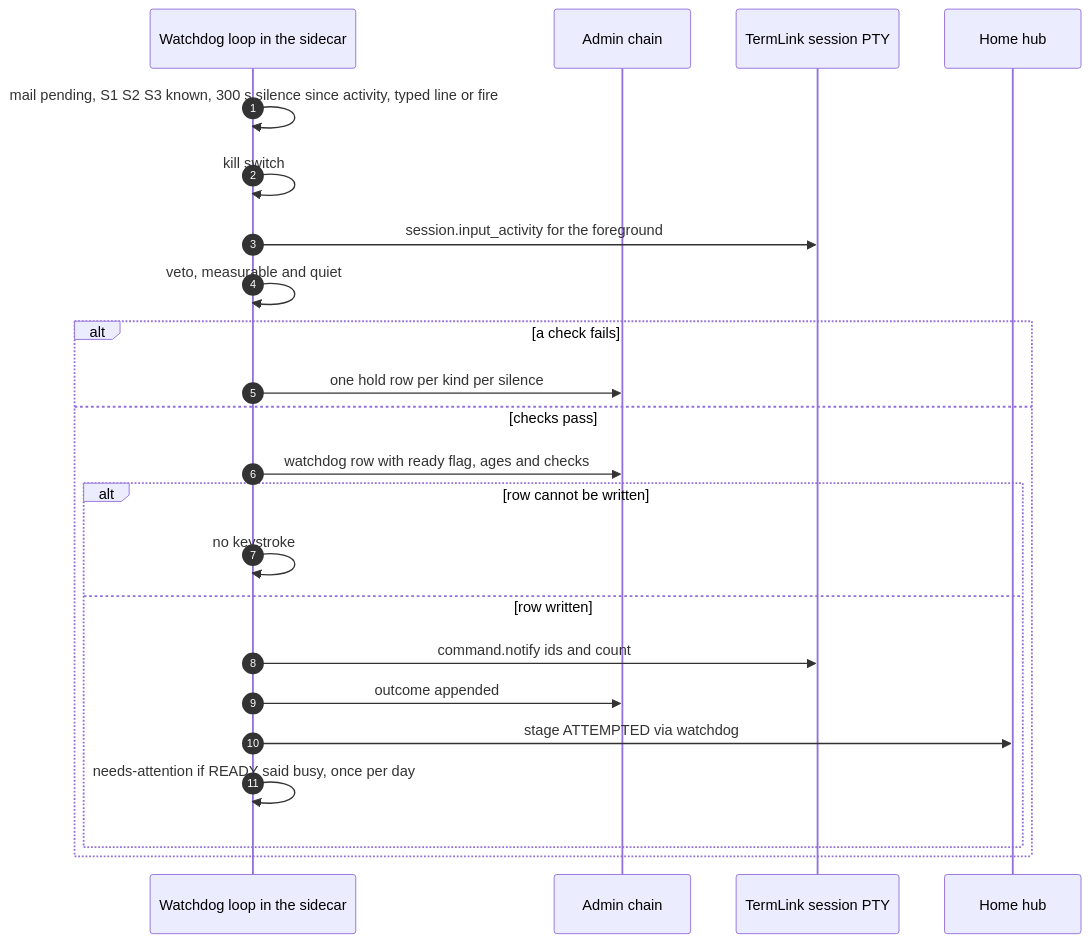
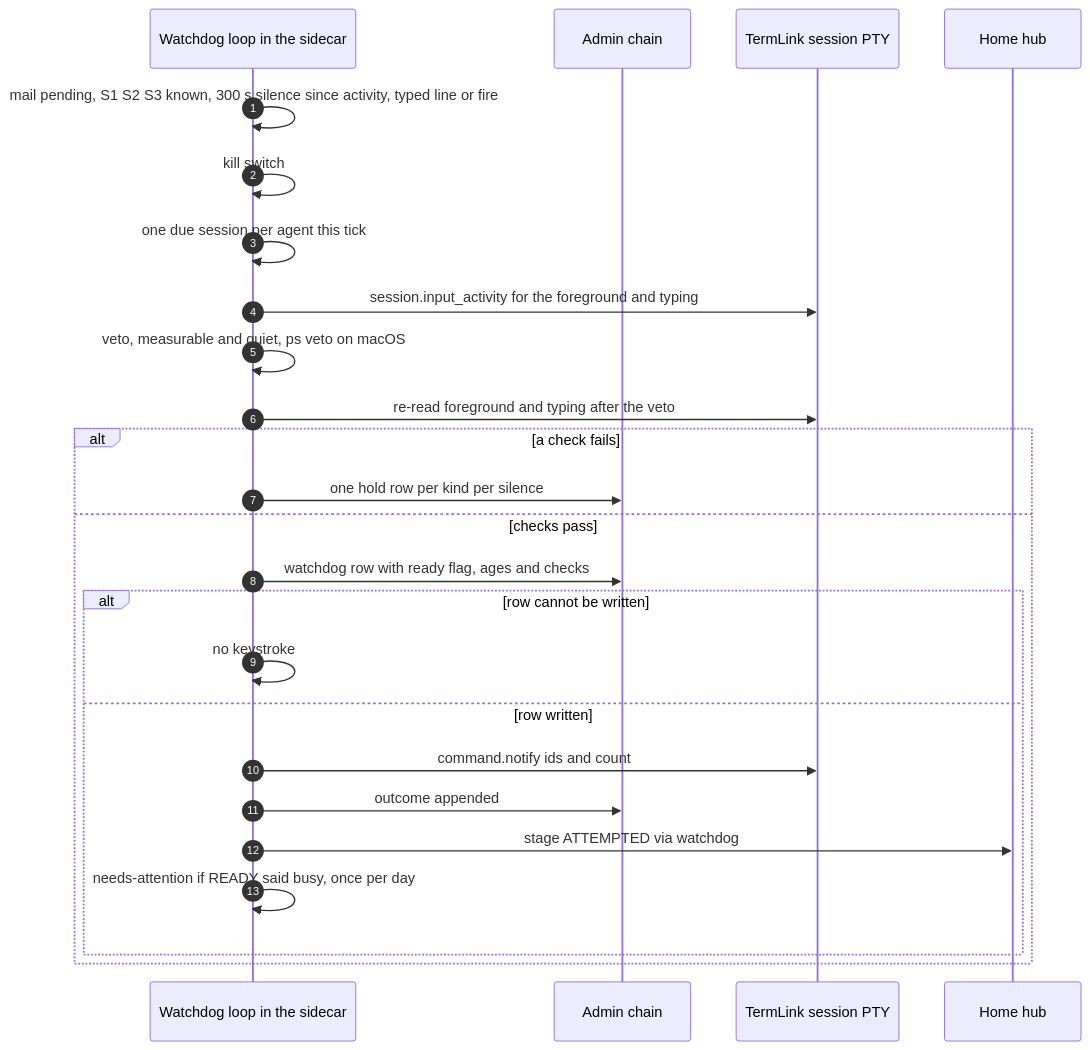
The ninth of 11 diagrams in docs/design/interactive-agent-communication-06-pseudo-code.md (DimitriGeelen/termlink), drawn with Mermaid before and after one commit. The commit also changed other lines of this file and 1 other file, not shown here.

````diff
--- a/docs/design/interactive-agent-communication-06-pseudo-code.md
+++ b/docs/design/interactive-agent-communication-06-pseudo-code.md
@@ -1736,25 +2005,27 @@
 ```mermaid
 sequenceDiagram
   autonumber
   participant WD as Watchdog loop in the sidecar
   participant AC as Admin chain
   participant S as TermLink session PTY
   participant H as Home hub
   WD->>WD: mail pending, S1 S2 S3 known, 300 s silence since activity, typed line or fire
   WD->>WD: kill switch
-  WD->>S: session.input_activity for the foreground
-  WD->>WD: veto, measurable and quiet
+  WD->>WD: one due session per agent this tick
+  WD->>S: session.input_activity for the foreground and typing
+  WD->>WD: veto, measurable and quiet, ps veto on macOS
+  WD->>S: re-read foreground and typing after the veto
   alt a check fails
     WD->>AC: one hold row per kind per silence
   else checks pass
     WD->>AC: watchdog row with ready flag, ages and checks
     alt row cannot be written
       WD->>WD: no keystroke
     else row written
       WD->>S: command.notify ids and count
       WD->>AC: outcome appended
       WD->>H: stage ATTEMPTED via watchdog
       WD->>WD: needs-attention if READY said busy, once per day
     end
   end
 ```
````
